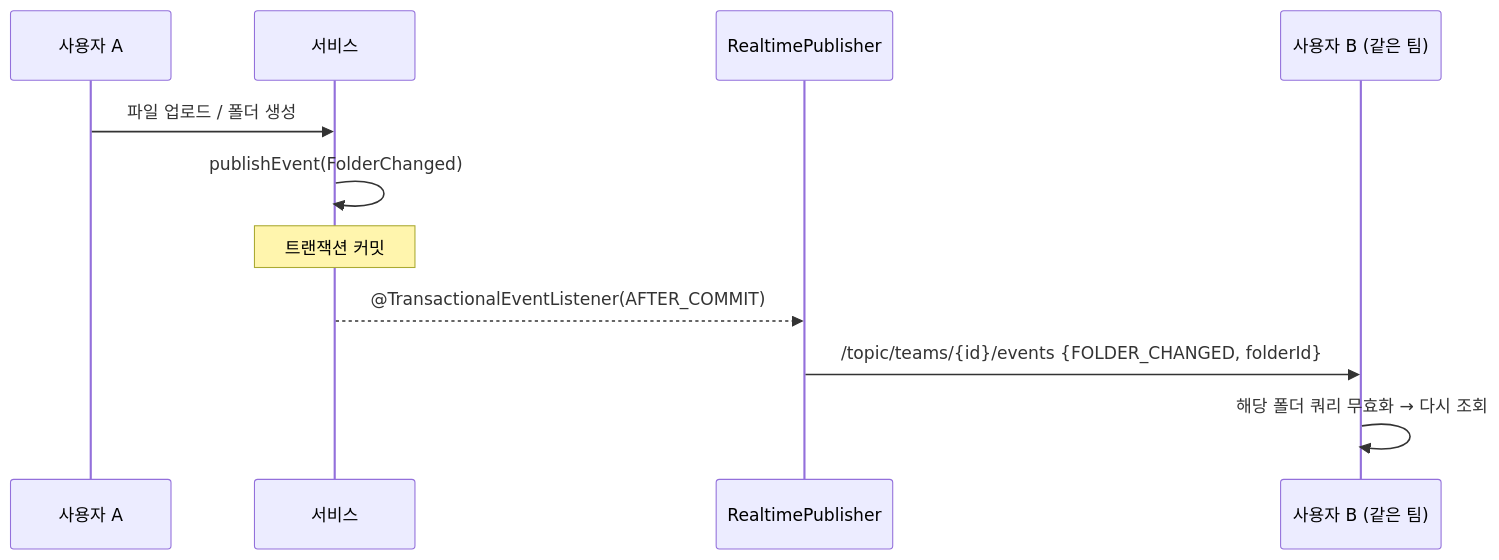
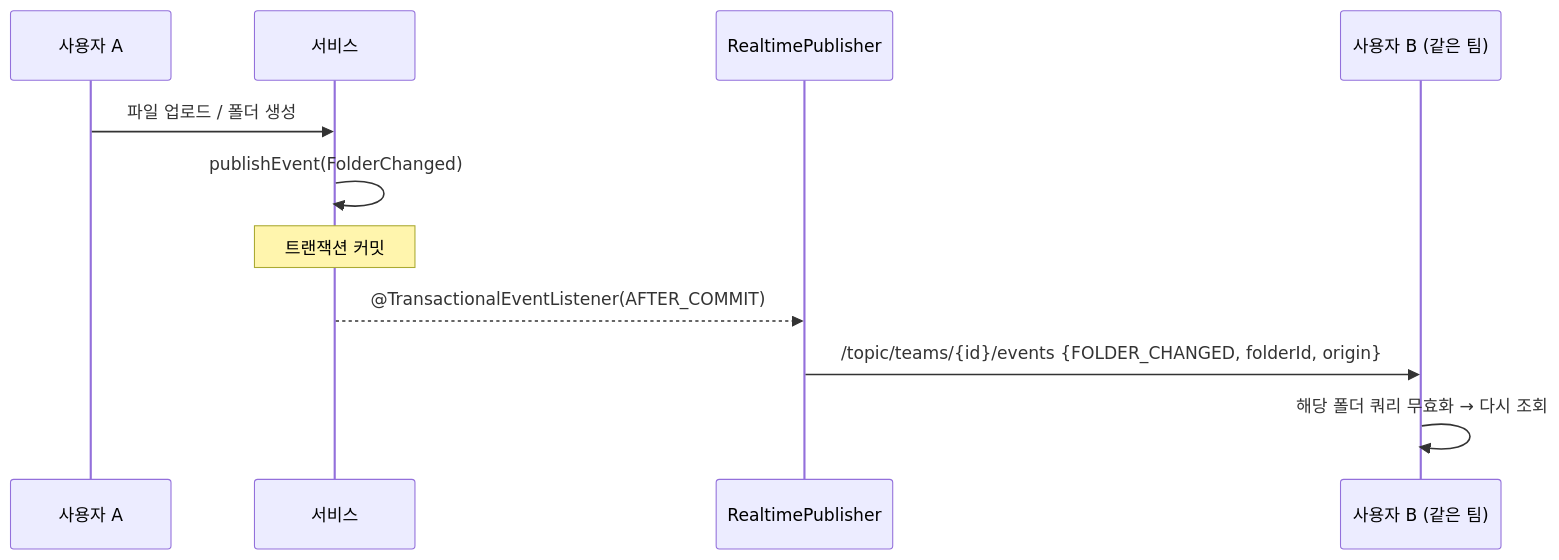
One commit to Jinyoung-Kang/Web_Smartcollab_Project_2025_v2 changed the fourth of 4 diagrams in docs/ARCHITECTURE.md. Above: the diagram before and after it, drawn with Mermaid. The commit also changed other lines of this file and 10 other files, not shown here.

````diff
--- a/docs/ARCHITECTURE.md
+++ b/docs/ARCHITECTURE.md
@@ -153,13 +155,13 @@
 ```mermaid
 sequenceDiagram
     participant A as 사용자 A
     participant S as 서비스
     participant E as RealtimePublisher
     participant B as 사용자 B (같은 팀)
     A->>S: 파일 업로드 / 폴더 생성
     S->>S: publishEvent(FolderChanged)
     Note over S: 트랜잭션 커밋
     S-->>E: @TransactionalEventListener(AFTER_COMMIT)
-    E->>B: /topic/teams/{id}/events {FOLDER_CHANGED, folderId}
+    E->>B: /topic/teams/{id}/events {FOLDER_CHANGED, folderId, origin}
     B->>B: 해당 폴더 쿼리 무효화 → 다시 조회
 ```
````
